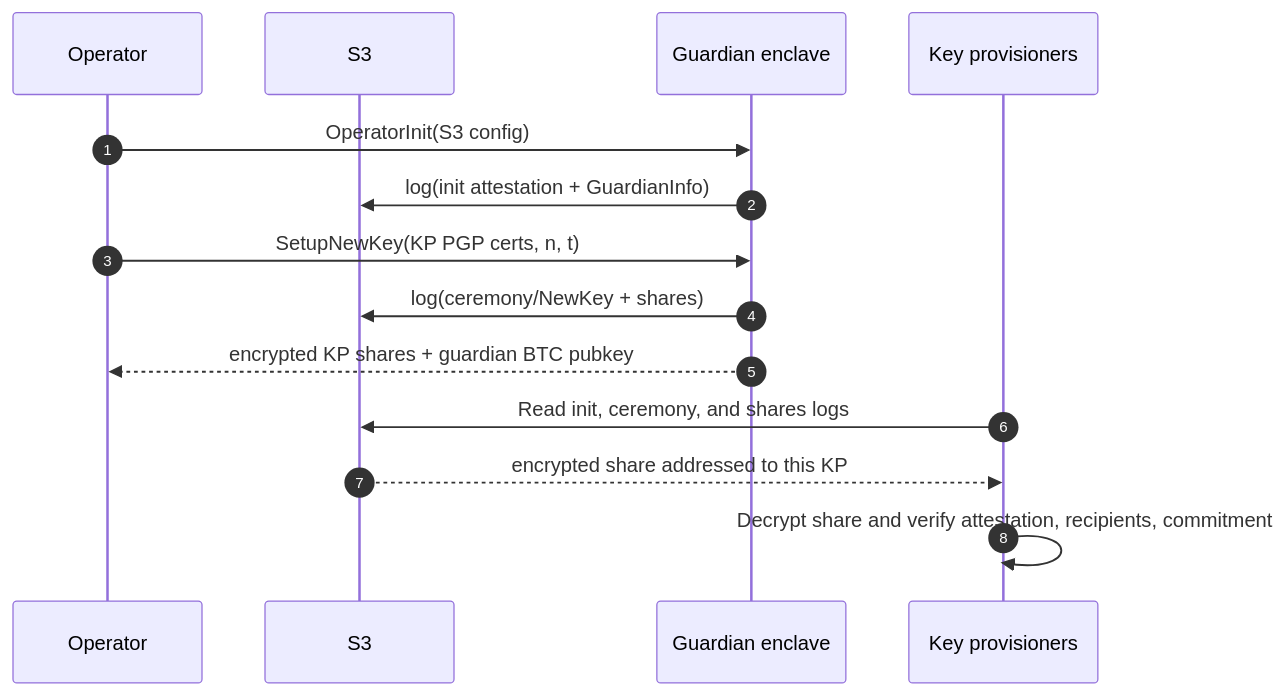
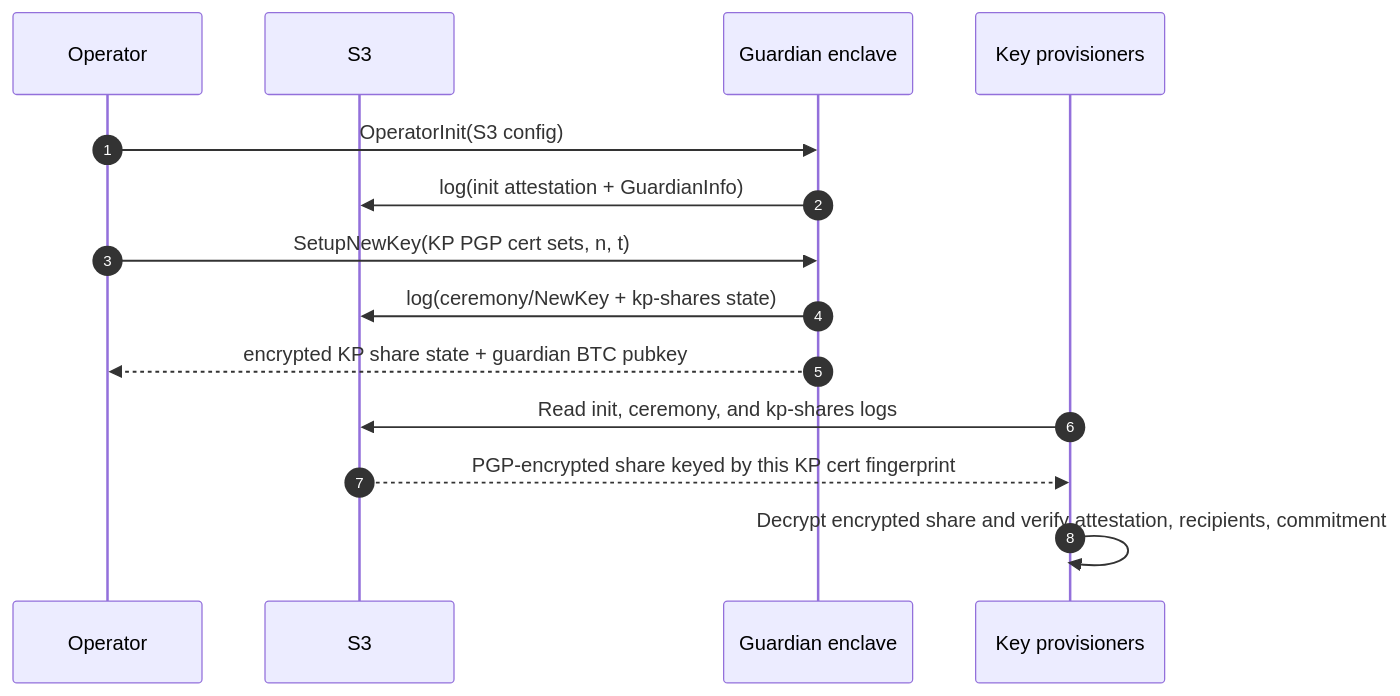
One commit to MystenLabs/hashi changed the first of 4 diagrams in design/docs/guardian.mdx. Above: the diagram before and after it, drawn with Mermaid. The commit also changed 34 other files, not shown here.

First line of the commit message:
[Guardian] Support multiple certs per KP (#791)

````diff
--- a/design/docs/guardian.mdx
+++ b/design/docs/guardian.mdx
@@ -55,19 +55,19 @@
 ```mermaid
 sequenceDiagram
     autonumber
 
     participant Operator
     participant S3
     participant Guardian as Guardian enclave
     participant KPs as Key provisioners
 
     Operator->>Guardian: OperatorInit(S3 config)
     Guardian->>S3: log(init attestation + GuardianInfo)
-    Operator->>Guardian: SetupNewKey(KP PGP certs, n, t)
-    Guardian->>S3: log(ceremony/NewKey + shares)
-    Guardian-->>Operator: encrypted KP shares + guardian BTC pubkey
+    Operator->>Guardian: SetupNewKey(KP PGP cert sets, n, t)
+    Guardian->>S3: log(ceremony/NewKey + kp-shares state)
+    Guardian-->>Operator: encrypted KP share state + guardian BTC pubkey
 
-    KPs->>S3: Read init, ceremony, and shares logs
-    S3-->>KPs: encrypted share addressed to this KP
-    KPs->>KPs: Decrypt share and verify attestation, recipients, commitment
+    KPs->>S3: Read init, ceremony, and kp-shares logs
+    S3-->>KPs: PGP-encrypted share keyed by this KP cert fingerprint
+    KPs->>KPs: Decrypt encrypted share and verify attestation, recipients, commitment
 ```
````
